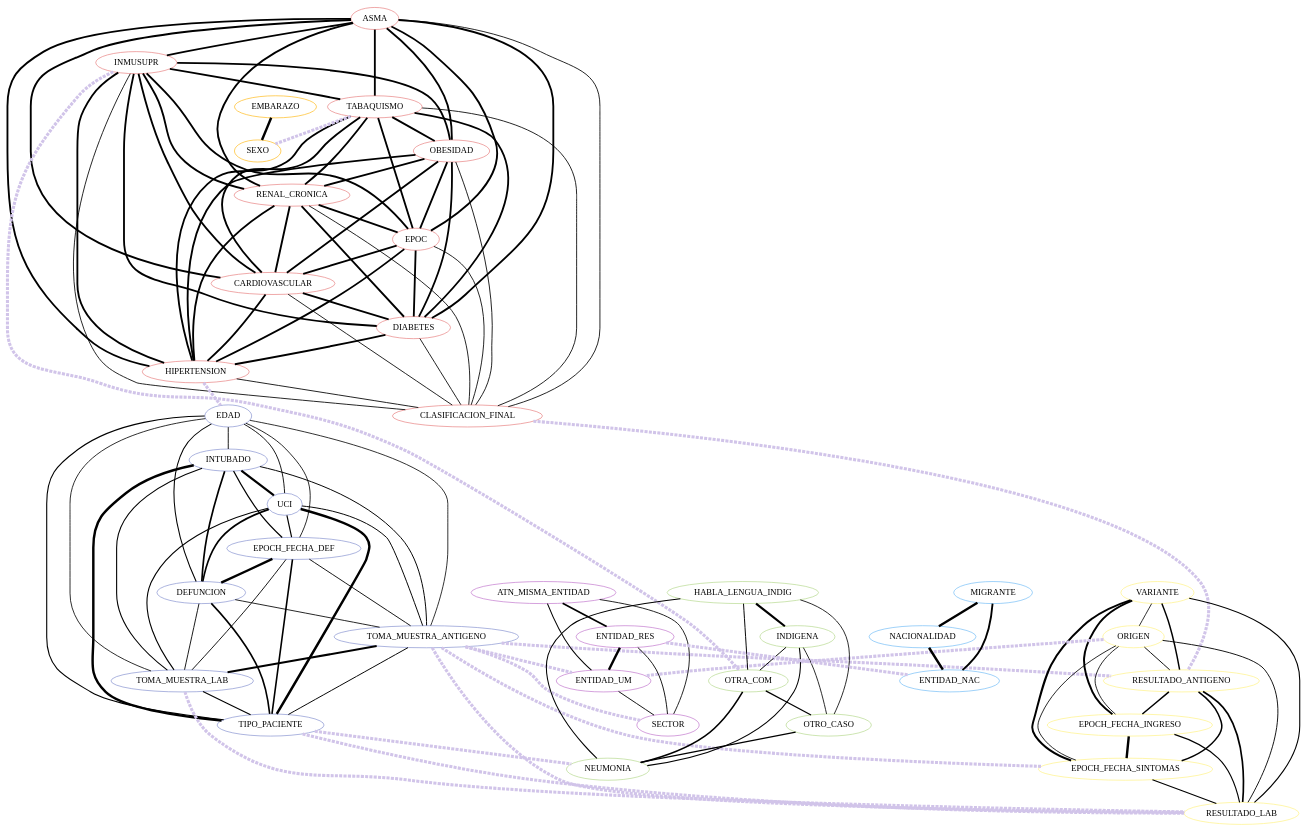
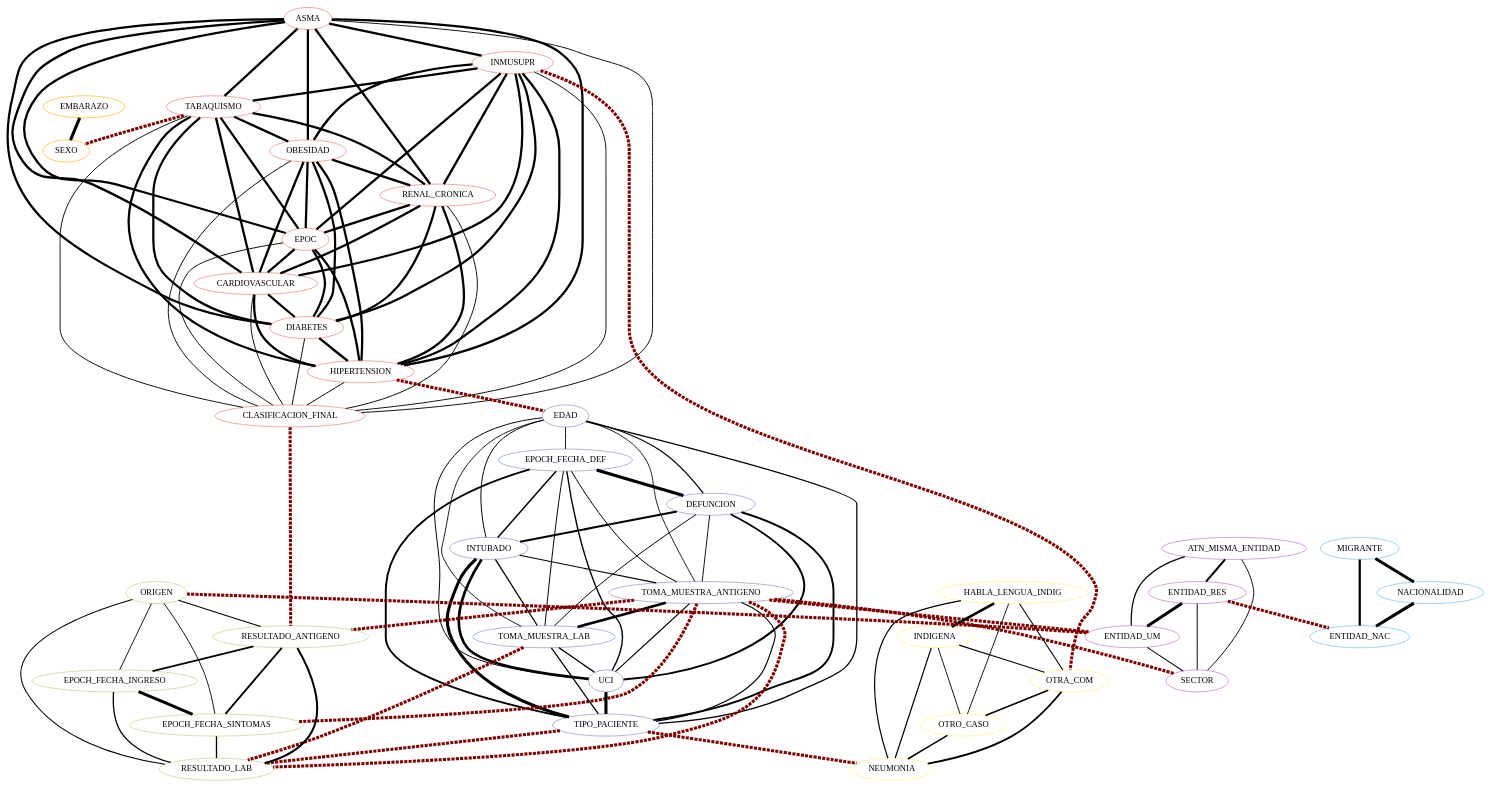
The diagram in cramer.dot (sinisterra/mscgp), drawn with Graphviz before and after one commit. The commit also changed 29 other files, not shown here.

```diff
--- a/cramer.dot
+++ b/cramer.dot
@@ -10,24 +10,23 @@
 HIPERTENSION [color="#e57373"];
 CLASIFICACION_FINAL [color="#e57373"];
 EDAD [color="#7986cb"];
-INTUBADO [color="#7986cb"];
-UCI [color="#7986cb"];
 EPOCH_FECHA_DEF [color="#7986cb"];
 DEFUNCION [color="#7986cb"];
+INTUBADO [color="#7986cb"];
 TOMA_MUESTRA_ANTIGENO [color="#7986cb"];
 TOMA_MUESTRA_LAB [color="#7986cb"];
+UCI [color="#7986cb"];
 TIPO_PACIENTE [color="#7986cb"];
-VARIANTE [color="#fff176"];
-ORIGEN [color="#fff176"];
-RESULTADO_ANTIGENO [color="#fff176"];
-EPOCH_FECHA_INGRESO [color="#fff176"];
-EPOCH_FECHA_SINTOMAS [color="#fff176"];
-RESULTADO_LAB [color="#fff176"];
-HABLA_LENGUA_INDIG [color="#aed581"];
-INDIGENA [color="#aed581"];
-OTRA_COM [color="#aed581"];
-OTRO_CASO [color="#aed581"];
-NEUMONIA [color="#aed581"];
+HABLA_LENGUA_INDIG [color="#fff176"];
+INDIGENA [color="#fff176"];
+OTRA_COM [color="#fff176"];
+OTRO_CASO [color="#fff176"];
+NEUMONIA [color="#fff176"];
+ORIGEN [color="#aed581"];
+RESULTADO_ANTIGENO [color="#aed581"];
+EPOCH_FECHA_INGRESO [color="#aed581"];
+EPOCH_FECHA_SINTOMAS [color="#aed581"];
+RESULTADO_LAB [color="#aed581"];
 ATN_MISMA_ENTIDAD [color="#ba68c8"];
 ENTIDAD_RES [color="#ba68c8"];
 ENTIDAD_UM [color="#ba68c8"];
@@ -37,126 +36,121 @@
 ENTIDAD_NAC [color="#64b5f6"];
 EMBARAZO [color="#ffb300"];
 SEXO [color="#ffb300"];
-ASMA -- EPOC  [color=black, penwidth="3.052", style=solid, weight="0.684"];
-ASMA -- INMUSUPR  [color=black, penwidth="3.0490000000000004", style=solid, weight="0.683"];
-ASMA -- TABAQUISMO  [color=black, penwidth="3.0220000000000002", style=solid];
-ASMA -- OBESIDAD  [color=black, penwidth="3.016", style=solid];
-ASMA -- RENAL_CRONICA  [color=black, penwidth="3.0460000000000003", style=solid];
-ASMA -- CARDIOVASCULAR  [color=black, penwidth="3.0460000000000003", style=solid];
-ASMA -- DIABETES  [color=black, penwidth="2.995", style=solid];
-ASMA -- HIPERTENSION  [color=black, penwidth="3.0250000000000004", style=solid];
-ASMA -- CLASIFICACION_FINAL  [color=black, penwidth="1.3780000000000001", style=solid];
-INMUSUPR -- RENAL_CRONICA  [color=black, penwidth="3.0490000000000004", style=solid, weight="0.683"];
-INMUSUPR -- OTRA_COM  [color="#d1c4e9", penwidth=5, style=dashed, weight="0.379"];
-INMUSUPR -- TABAQUISMO  [color=black, penwidth="3.016", style=solid];
-INMUSUPR -- OBESIDAD  [color=black, penwidth="3.007", style=solid];
-INMUSUPR -- EPOC  [color=black, penwidth="3.043", style=solid];
-INMUSUPR -- CARDIOVASCULAR  [color=black, penwidth="3.043", style=solid];
-INMUSUPR -- DIABETES  [color=black, penwidth="2.989", style=solid];
-INMUSUPR -- HIPERTENSION  [color=black, penwidth="3.0220000000000002", style=solid];
-INMUSUPR -- CLASIFICACION_FINAL  [color=black, penwidth="1.3780000000000001", style=solid];
-TABAQUISMO -- RENAL_CRONICA  [color=black, penwidth="3.028", style=solid, weight="0.676"];
-TABAQUISMO -- SEXO  [color="#d1c4e9", penwidth=5, style=dashed, weight="0.097"];
-TABAQUISMO -- OBESIDAD  [color=black, penwidth="3.004", style=solid];
-TABAQUISMO -- EPOC  [color=black, penwidth="3.019", style=solid];
-TABAQUISMO -- CARDIOVASCULAR  [color=black, penwidth="3.0250000000000004", style=solid];
-TABAQUISMO -- DIABETES  [color=black, penwidth="2.965", style=solid];
-TABAQUISMO -- HIPERTENSION  [color=black, penwidth="3.0010000000000003", style=solid];
-TABAQUISMO -- CLASIFICACION_FINAL  [color=black, penwidth="1.3780000000000001", style=solid];
-OBESIDAD -- HIPERTENSION  [color=black, penwidth="3.031", style=solid, weight="0.677"];
-OBESIDAD -- RENAL_CRONICA  [color=black, penwidth="3.019", style=solid];
-OBESIDAD -- EPOC  [color=black, penwidth="3.0100000000000002", style=solid];
-OBESIDAD -- CARDIOVASCULAR  [color=black, penwidth="3.019", style=solid];
-OBESIDAD -- DIABETES  [color=black, penwidth="2.98", style=solid];
-OBESIDAD -- CLASIFICACION_FINAL  [color=black, penwidth="1.399", style=solid];
-RENAL_CRONICA -- CARDIOVASCULAR  [color=black, penwidth="3.064", style=solid, weight="0.688"];
-RENAL_CRONICA -- HIPERTENSION  [color=black, penwidth="3.0580000000000003", style=solid, weight="0.686"];
-RENAL_CRONICA -- EPOC  [color=black, penwidth="3.043", style=solid];
-RENAL_CRONICA -- DIABETES  [color=black, penwidth="3.016", style=solid];
-RENAL_CRONICA -- CLASIFICACION_FINAL  [color=black, penwidth="1.381", style=solid];
-EPOC -- CARDIOVASCULAR  [color=black, penwidth="3.0490000000000004", style=solid];
-EPOC -- DIABETES  [color=black, penwidth="3.004", style=solid];
-EPOC -- HIPERTENSION  [color=black, penwidth="3.0340000000000003", style=solid];
-EPOC -- CLASIFICACION_FINAL  [color=black, penwidth="1.3780000000000001", style=solid];
-CARDIOVASCULAR -- DIABETES  [color=black, penwidth="3.0010000000000003", style=solid];
-CARDIOVASCULAR -- HIPERTENSION  [color=black, penwidth="3.0460000000000003", style=solid];
-CARDIOVASCULAR -- CLASIFICACION_FINAL  [color=black, penwidth="1.3780000000000001", style=solid];
-DIABETES -- HIPERTENSION  [color=black, penwidth="3.166", style=solid, weight="0.722"];
-DIABETES -- CLASIFICACION_FINAL  [color=black, penwidth="1.393", style=solid];
-HIPERTENSION -- EDAD  [color="#d1c4e9", penwidth=5, style=dashed, weight="0.268"];
-HIPERTENSION -- CLASIFICACION_FINAL  [color=black, penwidth="1.399", style=solid];
-CLASIFICACION_FINAL -- RESULTADO_ANTIGENO  [color="#d1c4e9", penwidth=5, style=dashed, weight="0.596"];
-EDAD -- INTUBADO  [color=black, penwidth="1.459", style=solid];
-EDAD -- UCI  [color=black, penwidth="1.456", style=solid];
-EDAD -- EPOCH_FECHA_DEF  [color=black, penwidth="1.357", style=solid];
-EDAD -- DEFUNCION  [color=black, penwidth="1.714", style=solid];
-EDAD -- TOMA_MUESTRA_ANTIGENO  [color=black, penwidth="1.303", style=solid];
-EDAD -- TOMA_MUESTRA_LAB  [color=black, penwidth="1.333", style=solid];
-EDAD -- TIPO_PACIENTE  [color=black, penwidth="1.792", style=solid];
-INTUBADO -- TIPO_PACIENTE  [color=black, penwidth="4.0", style=solid, weight="1.0"];
-INTUBADO -- DEFUNCION  [color=black, penwidth="2.761", style=solid, weight="0.587"];
-INTUBADO -- UCI  [color=black, penwidth="3.526", style=solid];
-INTUBADO -- EPOCH_FECHA_DEF  [color=black, penwidth="2.044", style=solid];
-INTUBADO -- TOMA_MUESTRA_ANTIGENO  [color=black, penwidth="1.591", style=solid];
-INTUBADO -- TOMA_MUESTRA_LAB  [color=black, penwidth="1.78", style=solid];
-UCI -- TIPO_PACIENTE  [color=black, penwidth="4.0", style=solid, weight="1.0"];
-UCI -- EPOCH_FECHA_DEF  [color=black, penwidth="1.936", style=solid];
-UCI -- DEFUNCION  [color=black, penwidth="2.614", style=solid];
-UCI -- TOMA_MUESTRA_ANTIGENO  [color=black, penwidth="1.591", style=solid];
-UCI -- TOMA_MUESTRA_LAB  [color=black, penwidth="1.78", style=solid];
-EPOCH_FECHA_DEF -- DEFUNCION  [color=black, penwidth="4.0", style=solid, weight="1.0"];
-EPOCH_FECHA_DEF -- TOMA_MUESTRA_ANTIGENO  [color=black, penwidth="1.474", style=solid];
-EPOCH_FECHA_DEF -- TOMA_MUESTRA_LAB  [color=black, penwidth="1.459", style=solid];
-EPOCH_FECHA_DEF -- TIPO_PACIENTE  [color=black, penwidth="2.596", style=solid];
-DEFUNCION -- TOMA_MUESTRA_ANTIGENO  [color=black, penwidth="1.384", style=solid];
-DEFUNCION -- TOMA_MUESTRA_LAB  [color=black, penwidth="1.447", style=solid];
-DEFUNCION -- TIPO_PACIENTE  [color=black, penwidth="2.596", style=solid];
-TOMA_MUESTRA_ANTIGENO -- RESULTADO_ANTIGENO  [color="#d1c4e9", penwidth=5, style=dashed, weight="1.0"];
-TOMA_MUESTRA_ANTIGENO -- RESULTADO_LAB  [color="#d1c4e9", penwidth=5, style=dashed, weight="0.814"];
-TOMA_MUESTRA_ANTIGENO -- EPOCH_FECHA_SINTOMAS  [color="#d1c4e9", penwidth=5, style=dashed, weight="0.654"];
-TOMA_MUESTRA_ANTIGENO -- ENTIDAD_UM  [color="#d1c4e9", penwidth=5, style=dashed, weight="0.313"];
-TOMA_MUESTRA_ANTIGENO -- SECTOR  [color="#d1c4e9", penwidth=5, style=dashed, weight="0.223"];
-TOMA_MUESTRA_ANTIGENO -- TOMA_MUESTRA_LAB  [color=black, penwidth="3.439", style=solid];
-TOMA_MUESTRA_ANTIGENO -- TIPO_PACIENTE  [color=black, penwidth="1.585", style=solid];
-TOMA_MUESTRA_LAB -- RESULTADO_LAB  [color="#d1c4e9", penwidth=5, style=dashed, weight="1.0"];
-TOMA_MUESTRA_LAB -- TIPO_PACIENTE  [color=black, penwidth="1.78", style=solid];
-TIPO_PACIENTE -- NEUMONIA  [color="#d1c4e9", penwidth=5, style=dashed, weight="0.624"];
-TIPO_PACIENTE -- RESULTADO_LAB  [color="#d1c4e9", penwidth=5, style=dashed, weight="0.285"];
-VARIANTE -- EPOCH_FECHA_SINTOMAS  [color=black, penwidth="3.223", style=solid, weight="0.741"];
-VARIANTE -- ORIGEN  [color=black, penwidth="1.315", style=solid];
-VARIANTE -- RESULTADO_ANTIGENO  [color=black, penwidth="2.359", style=solid];
-VARIANTE -- EPOCH_FECHA_INGRESO  [color=black, penwidth="3.2199999999999998", style=solid];
-VARIANTE -- RESULTADO_LAB  [color=black, penwidth="1.7469999999999999", style=solid];
-ORIGEN -- ENTIDAD_UM  [color="#d1c4e9", penwidth=5, style=dashed, weight="0.309"];
-ORIGEN -- RESULTADO_ANTIGENO  [color=black, penwidth="1.522", style=solid];
-ORIGEN -- EPOCH_FECHA_INGRESO  [color=black, penwidth="1.363", style=solid];
-ORIGEN -- EPOCH_FECHA_SINTOMAS  [color=black, penwidth="1.363", style=solid];
-ORIGEN -- RESULTADO_LAB  [color=black, penwidth="1.4769999999999999", style=solid];
-RESULTADO_ANTIGENO -- EPOCH_FECHA_INGRESO  [color=black, penwidth="2.4939999999999998", style=solid];
-RESULTADO_ANTIGENO -- EPOCH_FECHA_SINTOMAS  [color=black, penwidth="2.5", style=solid];
-RESULTADO_ANTIGENO -- RESULTADO_LAB  [color=black, penwidth="2.731", style=solid];
-EPOCH_FECHA_INGRESO -- EPOCH_FECHA_SINTOMAS  [color=black, penwidth="3.943", style=solid, weight="0.981"];
-EPOCH_FECHA_INGRESO -- RESULTADO_LAB  [color=black, penwidth="1.8370000000000002", style=solid];
-EPOCH_FECHA_SINTOMAS -- RESULTADO_LAB  [color=black, penwidth="1.84", style=solid];
-HABLA_LENGUA_INDIG -- INDIGENA  [color=black, penwidth="3.514", style=solid, weight="0.838"];
-HABLA_LENGUA_INDIG -- OTRA_COM  [color=black, penwidth="1.588", style=solid];
-HABLA_LENGUA_INDIG -- OTRO_CASO  [color=black, penwidth="1.348", style=solid];
-HABLA_LENGUA_INDIG -- NEUMONIA  [color=black, penwidth="1.705", style=solid];
-INDIGENA -- NEUMONIA  [color=black, penwidth="1.708", style=solid, weight="0.236"];
-INDIGENA -- OTRA_COM  [color=black, penwidth="1.588", style=solid];
-INDIGENA -- OTRO_CASO  [color=black, penwidth="1.348", style=solid];
-OTRA_COM -- NEUMONIA  [color=black, penwidth="2.566", style=solid, weight="0.522"];
-OTRA_COM -- OTRO_CASO  [color=black, penwidth="2.116", style=solid, weight="0.372"];
-OTRO_CASO -- NEUMONIA  [color=black, penwidth="2.077", style=solid];
-ATN_MISMA_ENTIDAD -- ENTIDAD_RES  [color=black, penwidth="2.6830000000000003", style=solid, weight="0.561"];
-ATN_MISMA_ENTIDAD -- ENTIDAD_UM  [color=black, penwidth="1.744", style=solid];
-ATN_MISMA_ENTIDAD -- SECTOR  [color=black, penwidth="1.393", style=solid];
-ENTIDAD_RES -- ENTIDAD_UM  [color=black, penwidth="3.9219999999999997", style=solid, weight="0.974"];
-ENTIDAD_RES -- ENTIDAD_NAC  [color="#d1c4e9", penwidth=5, style=dashed, weight="0.825"];
-ENTIDAD_RES -- SECTOR  [color=black, penwidth="1.462", style=solid];
-ENTIDAD_UM -- SECTOR  [color=black, penwidth="1.492", style=solid];
-MIGRANTE -- NACIONALIDAD  [color=black, penwidth="3.859", style=solid, weight="0.953"];
-MIGRANTE -- ENTIDAD_NAC  [color=black, penwidth="3.019", style=solid];
-NACIONALIDAD -- ENTIDAD_NAC  [color=black, penwidth="3.997", style=solid, weight="0.999"];
-EMBARAZO -- SEXO  [color=black, penwidth="4.0", style=solid, weight="1.0"];
+ASMA -- EPOC  [color=black, penwidth="3.736", style=solid, weight="0.684"];
+ASMA -- INMUSUPR  [color=black, penwidth="3.732", style=solid, weight="0.683"];
+ASMA -- TABAQUISMO  [color=black, penwidth="3.696", style=solid];
+ASMA -- OBESIDAD  [color=black, penwidth="3.688", style=solid];
+ASMA -- RENAL_CRONICA  [color=black, penwidth="3.728", style=solid];
+ASMA -- CARDIOVASCULAR  [color=black, penwidth="3.728", style=solid];
+ASMA -- DIABETES  [color=black, penwidth="3.66", style=solid];
+ASMA -- HIPERTENSION  [color=black, penwidth="3.7", style=solid];
+ASMA -- CLASIFICACION_FINAL  [color=black, penwidth="1.504", style=solid];
+INMUSUPR -- RENAL_CRONICA  [color=black, penwidth="3.732", style=solid, weight="0.683"];
+INMUSUPR -- OTRA_COM  [color=maroon, penwidth=5, style=dashed, weight="0.379"];
+INMUSUPR -- TABAQUISMO  [color=black, penwidth="3.688", style=solid];
+INMUSUPR -- OBESIDAD  [color=black, penwidth="3.676", style=solid];
+INMUSUPR -- EPOC  [color=black, penwidth="3.724", style=solid];
+INMUSUPR -- CARDIOVASCULAR  [color=black, penwidth="3.724", style=solid];
+INMUSUPR -- DIABETES  [color=black, penwidth="3.652", style=solid];
+INMUSUPR -- HIPERTENSION  [color=black, penwidth="3.696", style=solid];
+INMUSUPR -- CLASIFICACION_FINAL  [color=black, penwidth="1.504", style=solid];
+TABAQUISMO -- RENAL_CRONICA  [color=black, penwidth="3.704", style=solid, weight="0.676"];
+TABAQUISMO -- SEXO  [color=maroon, penwidth=5, style=dashed, weight="0.097"];
+TABAQUISMO -- OBESIDAD  [color=black, penwidth="3.672", style=solid];
+TABAQUISMO -- EPOC  [color=black, penwidth="3.692", style=solid];
+TABAQUISMO -- CARDIOVASCULAR  [color=black, penwidth="3.7", style=solid];
+TABAQUISMO -- DIABETES  [color=black, penwidth="3.62", style=solid];
+TABAQUISMO -- HIPERTENSION  [color=black, penwidth="3.668", style=solid];
+TABAQUISMO -- CLASIFICACION_FINAL  [color=black, penwidth="1.504", style=solid];
+OBESIDAD -- HIPERTENSION  [color=black, penwidth="3.708", style=solid, weight="0.677"];
+OBESIDAD -- RENAL_CRONICA  [color=black, penwidth="3.692", style=solid];
+OBESIDAD -- EPOC  [color=black, penwidth="3.68", style=solid];
+OBESIDAD -- CARDIOVASCULAR  [color=black, penwidth="3.692", style=solid];
+OBESIDAD -- DIABETES  [color=black, penwidth="3.64", style=solid];
+OBESIDAD -- CLASIFICACION_FINAL  [color=black, penwidth="1.532", style=solid];
+RENAL_CRONICA -- CARDIOVASCULAR  [color=black, penwidth="3.752", style=solid, weight="0.688"];
+RENAL_CRONICA -- HIPERTENSION  [color=black, penwidth="3.744", style=solid, weight="0.686"];
+RENAL_CRONICA -- EPOC  [color=black, penwidth="3.724", style=solid];
+RENAL_CRONICA -- DIABETES  [color=black, penwidth="3.688", style=solid];
+RENAL_CRONICA -- CLASIFICACION_FINAL  [color=black, penwidth="1.508", style=solid];
+EPOC -- CARDIOVASCULAR  [color=black, penwidth="3.732", style=solid];
+EPOC -- DIABETES  [color=black, penwidth="3.672", style=solid];
+EPOC -- HIPERTENSION  [color=black, penwidth="3.712", style=solid];
+EPOC -- CLASIFICACION_FINAL  [color=black, penwidth="1.504", style=solid];
+CARDIOVASCULAR -- DIABETES  [color=black, penwidth="3.668", style=solid];
+CARDIOVASCULAR -- HIPERTENSION  [color=black, penwidth="3.728", style=solid];
+CARDIOVASCULAR -- CLASIFICACION_FINAL  [color=black, penwidth="1.504", style=solid];
+DIABETES -- HIPERTENSION  [color=black, penwidth="3.888", style=solid, weight="0.722"];
+DIABETES -- CLASIFICACION_FINAL  [color=black, penwidth="1.524", style=solid];
+HIPERTENSION -- EDAD  [color=maroon, penwidth=5, style=dashed, weight="0.268"];
+HIPERTENSION -- CLASIFICACION_FINAL  [color=black, penwidth="1.532", style=solid];
+CLASIFICACION_FINAL -- RESULTADO_ANTIGENO  [color=maroon, penwidth=5, style=dashed, weight="0.596"];
+EDAD -- EPOCH_FECHA_DEF  [color=black, penwidth="1.476", style=solid];
+EDAD -- DEFUNCION  [color=black, penwidth="1.952", style=solid];
+EDAD -- INTUBADO  [color=black, penwidth="1.612", style=solid];
+EDAD -- TOMA_MUESTRA_ANTIGENO  [color=black, penwidth="1.404", style=solid];
+EDAD -- TOMA_MUESTRA_LAB  [color=black, penwidth="1.444", style=solid];
+EDAD -- UCI  [color=black, penwidth="1.608", style=solid];
+EDAD -- TIPO_PACIENTE  [color=black, penwidth="2.056", style=solid];
+EPOCH_FECHA_DEF -- DEFUNCION  [color=black, penwidth="5.0", style=solid, weight="1.0"];
+EPOCH_FECHA_DEF -- INTUBADO  [color=black, penwidth="2.392", style=solid];
+EPOCH_FECHA_DEF -- TOMA_MUESTRA_ANTIGENO  [color=black, penwidth="1.6320000000000001", style=solid];
+EPOCH_FECHA_DEF -- TOMA_MUESTRA_LAB  [color=black, penwidth="1.612", style=solid];
+EPOCH_FECHA_DEF -- UCI  [color=black, penwidth="2.248", style=solid];
+EPOCH_FECHA_DEF -- TIPO_PACIENTE  [color=black, penwidth="3.128", style=solid];
+DEFUNCION -- INTUBADO  [color=black, penwidth="3.348", style=solid, weight="0.587"];
+DEFUNCION -- TOMA_MUESTRA_ANTIGENO  [color=black, penwidth="1.512", style=solid];
+DEFUNCION -- TOMA_MUESTRA_LAB  [color=black, penwidth="1.596", style=solid];
+DEFUNCION -- UCI  [color=black, penwidth="3.152", style=solid];
+DEFUNCION -- TIPO_PACIENTE  [color=black, penwidth="3.128", style=solid];
+INTUBADO -- TIPO_PACIENTE  [color=black, penwidth="5.0", style=solid, weight="1.0"];
+INTUBADO -- TOMA_MUESTRA_ANTIGENO  [color=black, penwidth="1.788", style=solid];
+INTUBADO -- TOMA_MUESTRA_LAB  [color=black, penwidth="2.04", style=solid];
+INTUBADO -- UCI  [color=black, penwidth="4.368", style=solid];
+TOMA_MUESTRA_ANTIGENO -- RESULTADO_ANTIGENO  [color=maroon, penwidth=5, style=dashed, weight="1.0"];
+TOMA_MUESTRA_ANTIGENO -- RESULTADO_LAB  [color=maroon, penwidth=5, style=dashed, weight="0.814"];
+TOMA_MUESTRA_ANTIGENO -- EPOCH_FECHA_SINTOMAS  [color=maroon, penwidth=5, style=dashed, weight="0.654"];
+TOMA_MUESTRA_ANTIGENO -- ENTIDAD_UM  [color=maroon, penwidth=5, style=dashed, weight="0.313"];
+TOMA_MUESTRA_ANTIGENO -- SECTOR  [color=maroon, penwidth=5, style=dashed, weight="0.223"];
+TOMA_MUESTRA_ANTIGENO -- TOMA_MUESTRA_LAB  [color=black, penwidth="4.252", style=solid];
+TOMA_MUESTRA_ANTIGENO -- UCI  [color=black, penwidth="1.788", style=solid];
+TOMA_MUESTRA_ANTIGENO -- TIPO_PACIENTE  [color=black, penwidth="1.78", style=solid];
+TOMA_MUESTRA_LAB -- RESULTADO_LAB  [color=maroon, penwidth=5, style=dashed, weight="1.0"];
+TOMA_MUESTRA_LAB -- UCI  [color=black, penwidth="2.04", style=solid];
+TOMA_MUESTRA_LAB -- TIPO_PACIENTE  [color=black, penwidth="2.04", style=solid];
+UCI -- TIPO_PACIENTE  [color=black, penwidth="5.0", style=solid, weight="1.0"];
+TIPO_PACIENTE -- NEUMONIA  [color=maroon, penwidth=5, style=dashed, weight="0.624"];
+TIPO_PACIENTE -- RESULTADO_LAB  [color=maroon, penwidth=5, style=dashed, weight="0.285"];
+HABLA_LENGUA_INDIG -- INDIGENA  [color=black, penwidth="4.352", style=solid, weight="0.838"];
+HABLA_LENGUA_INDIG -- OTRA_COM  [color=black, penwidth="1.784", style=solid];
+HABLA_LENGUA_INDIG -- OTRO_CASO  [color=black, penwidth="1.464", style=solid];
+HABLA_LENGUA_INDIG -- NEUMONIA  [color=black, penwidth="1.94", style=solid];
+INDIGENA -- NEUMONIA  [color=black, penwidth="1.944", style=solid, weight="0.236"];
+INDIGENA -- OTRA_COM  [color=black, penwidth="1.784", style=solid];
+INDIGENA -- OTRO_CASO  [color=black, penwidth="1.464", style=solid];
+OTRA_COM -- NEUMONIA  [color=black, penwidth="3.088", style=solid, weight="0.522"];
+OTRA_COM -- OTRO_CASO  [color=black, penwidth="2.488", style=solid, weight="0.372"];
+OTRO_CASO -- NEUMONIA  [color=black, penwidth="2.436", style=solid];
+ORIGEN -- ENTIDAD_UM  [color=maroon, penwidth=5, style=dashed, weight="0.309"];
+ORIGEN -- RESULTADO_ANTIGENO  [color=black, penwidth="1.696", style=solid];
+ORIGEN -- EPOCH_FECHA_INGRESO  [color=black, penwidth="1.484", style=solid];
+ORIGEN -- EPOCH_FECHA_SINTOMAS  [color=black, penwidth="1.484", style=solid];
+ORIGEN -- RESULTADO_LAB  [color=black, penwidth="1.6360000000000001", style=solid];
+RESULTADO_ANTIGENO -- EPOCH_FECHA_INGRESO  [color=black, penwidth="2.992", style=solid];
+RESULTADO_ANTIGENO -- EPOCH_FECHA_SINTOMAS  [color=black, penwidth="3.0", style=solid];
+RESULTADO_ANTIGENO -- RESULTADO_LAB  [color=black, penwidth="3.308", style=solid];
+EPOCH_FECHA_INGRESO -- EPOCH_FECHA_SINTOMAS  [color=black, penwidth="4.9239999999999995", style=solid, weight="0.981"];
+EPOCH_FECHA_INGRESO -- RESULTADO_LAB  [color=black, penwidth="2.116", style=solid];
+EPOCH_FECHA_SINTOMAS -- RESULTADO_LAB  [color=black, penwidth="2.12", style=solid];
+ATN_MISMA_ENTIDAD -- ENTIDAD_RES  [color=black, penwidth="3.244", style=solid, weight="0.561"];
+ATN_MISMA_ENTIDAD -- ENTIDAD_UM  [color=black, penwidth="1.992", style=solid];
+ATN_MISMA_ENTIDAD -- SECTOR  [color=black, penwidth="1.524", style=solid];
+ENTIDAD_RES -- ENTIDAD_UM  [color=black, penwidth="4.896", style=solid, weight="0.974"];
+ENTIDAD_RES -- ENTIDAD_NAC  [color=maroon, penwidth=5, style=dashed, weight="0.825"];
+ENTIDAD_RES -- SECTOR  [color=black, penwidth="1.616", style=solid];
+ENTIDAD_UM -- SECTOR  [color=black, penwidth="1.6560000000000001", style=solid];
+MIGRANTE -- NACIONALIDAD  [color=black, penwidth="4.811999999999999", style=solid, weight="0.953"];
+MIGRANTE -- ENTIDAD_NAC  [color=black, penwidth="3.692", style=solid];
+NACIONALIDAD -- ENTIDAD_NAC  [color=black, penwidth="4.996", style=solid, weight="0.999"];
+EMBARAZO -- SEXO  [color=black, penwidth="5.0", style=solid, weight="1.0"];
 }
```
